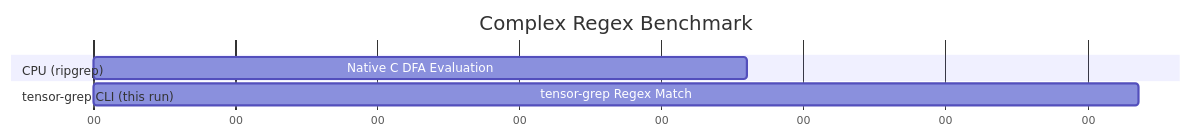
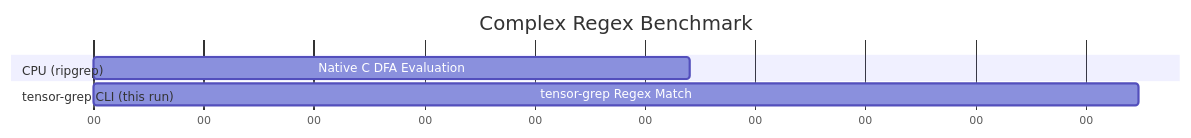
The second of 3 diagrams in docs/PAPER.md (oimiragieo/tensor-grep), drawn with Mermaid before and after one commit. The commit also changed other lines of this file and 4 other files, not shown here.

````diff
--- a/docs/PAPER.md
+++ b/docs/PAPER.md
@@ -102,12 +102,12 @@
 ```mermaid
 gantt
     title Complex Regex Benchmark
     dateFormat  s
     axisFormat %S
     
     section CPU (ripgrep)
-    Native C DFA Evaluation :a1, 0, 0.460s
+    Native C DFA Evaluation :a1, 0, 0.541s
     
     section tensor-grep CLI (this run)
-    tensor-grep Regex Match :a2, 0, 0.736s
+    tensor-grep Regex Match :a2, 0, 0.948s
 ```
````
